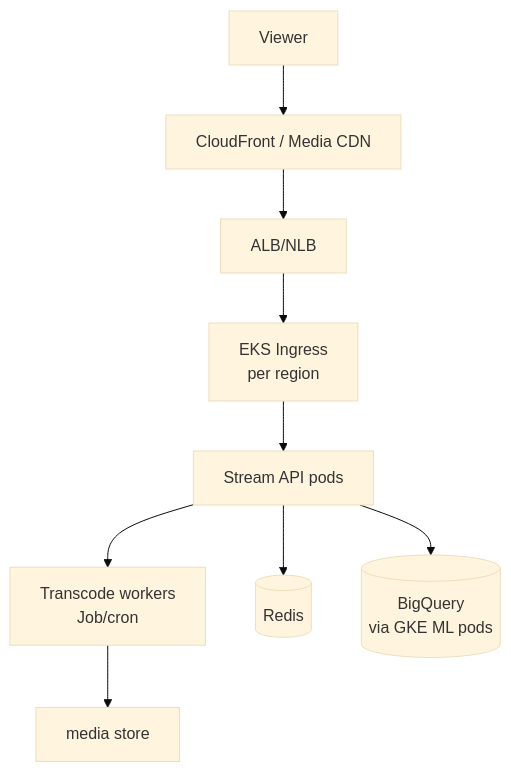
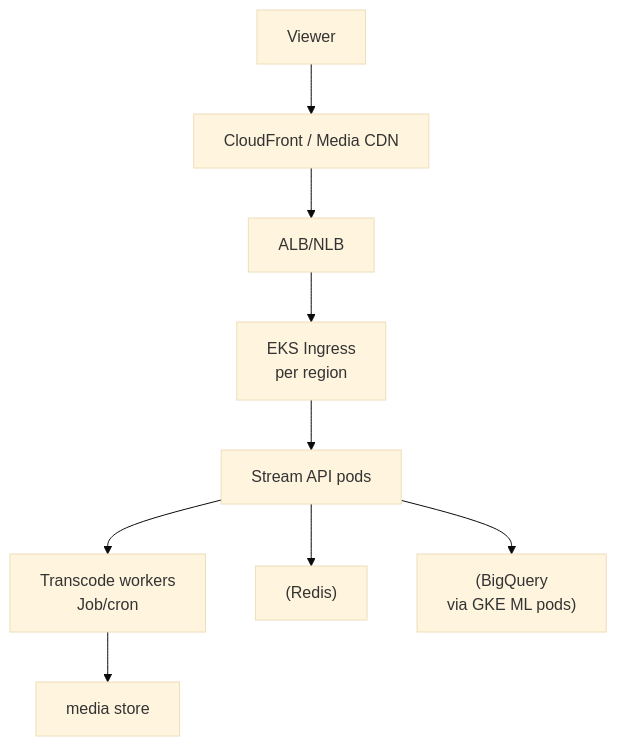
Before and after one commit to WhoisMonesh/K8S-Everything: the diagram in 17-company-cases/disney.md, drawn with Mermaid (base theme). The commit also changed 62 other files, not shown here.

First line of the commit message:
Fix all Mermaid diagrams for GitHub compatibility

````diff
--- a/17-company-cases/disney.md
+++ b/17-company-cases/disney.md
@@ -24,11 +24,11 @@
 ```mermaid
 graph TD
     Viewer --> CF[CloudFront / Media CDN]
     CF --> LB[ALB/NLB]
     LB --> Ingress[EKS Ingress<br/>per region]
     Ingress --> Stream[Stream API pods]
     Stream --> Transcode[Transcode workers<br/>Job/cron]
-    Stream --> Cache[(Redis)]
+    Stream --> Cache["(Redis)"]
     Transcode --> S3[media store]
-    Stream --> BQ[(BigQuery<br/>via GKE ML pods)]
+    Stream --> BQ["(BigQuery<br/>via GKE ML pods)"]
 ```
````
